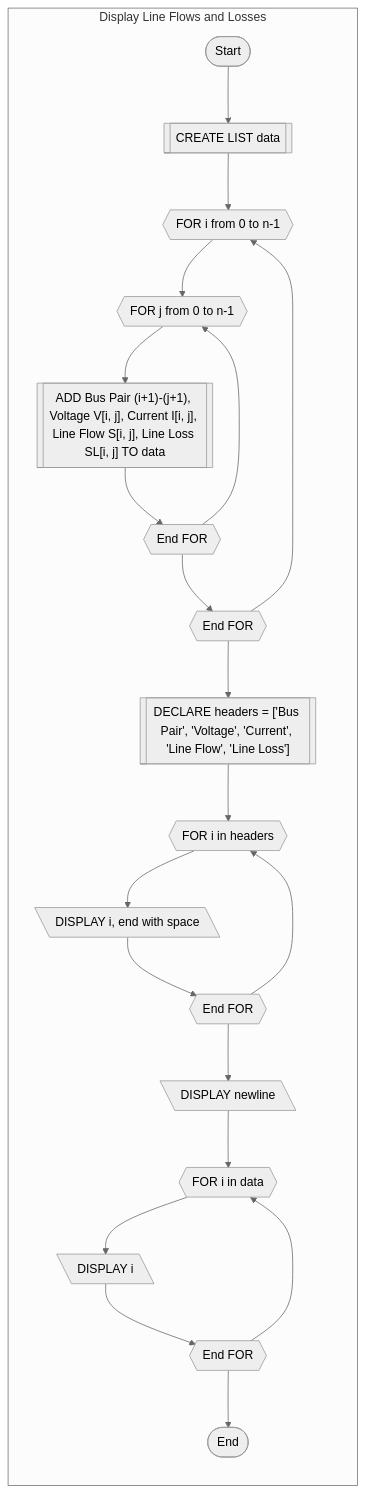
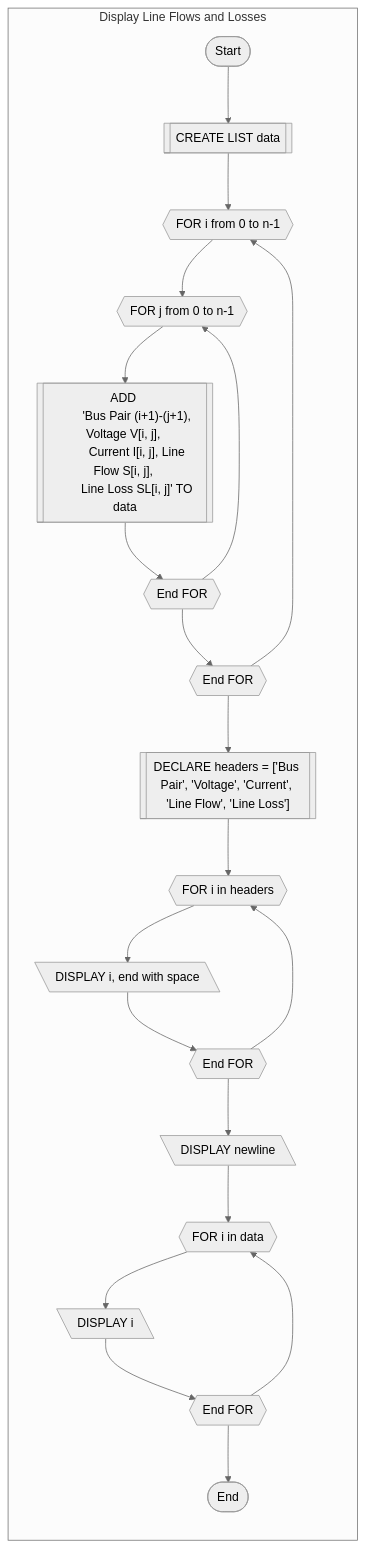
The fourth of 4 diagrams in line-flows-and-losses.md (Sree2011/flowcharts-load-flow-analysis), drawn with Mermaid (neutral theme) before and after one commit.

```diff
--- a/line-flows-and-losses.md
+++ b/line-flows-and-losses.md
@@ -126,26 +126,29 @@
 <pre class="mermaid">
 graph LR
     subgraph Display Line Flows and Losses
         direction TB
         LLL([Start])
         LLL --> MMM[[CREATE LIST data]]
         MMM --> NNN[FOR i from 0 to n-1]@{shape: hex}
         NNN --> OOO[FOR j from 0 to n-1]@{shape: hex}
-        OOO --> PPP[["ADD Bus Pair (i+1)-(j+1), Voltage V[i, j], Current I[i, j], Line Flow S[i, j], Line Loss SL[i, j] TO data"]]
+        OOO --> PPP[["ADD 
+        'Bus Pair (i+1)-(j+1), Voltage V[i, j], 
+        Current I[i, j], Line Flow S[i, j], 
+        Line Loss SL[i, j]' TO data"]]
         PPP --> QQQ[End FOR]@{shape: hex}
         QQQ --> OOO
         QQQ --> RRR[End FOR]@{shape: hex}
         RRR --> NNN
         RRR --> SSS[["DECLARE headers = ['Bus Pair', 'Voltage', 'Current', 'Line Flow', 'Line Loss']"]]
         SSS --> TTT[FOR i in headers]@{shape: hex}
         TTT --> UUU[DISPLAY i, end with space]@{shape: lean-left}
         UUU --> VVV[End FOR]@{shape: hex}
         VVV --> TTT
         VVV --> WWW[DISPLAY newline]@{shape: lean-left}
         WWW --> XXX[FOR i in data]@{shape: hex}
         XXX --> YYY[DISPLAY i]@{shape: lean-left}
         YYY --> ZZZ[End FOR]@{shape: hex}
         ZZZ --> XXX
         ZZZ --> AAAA([End])
     end
 </pre>
```
